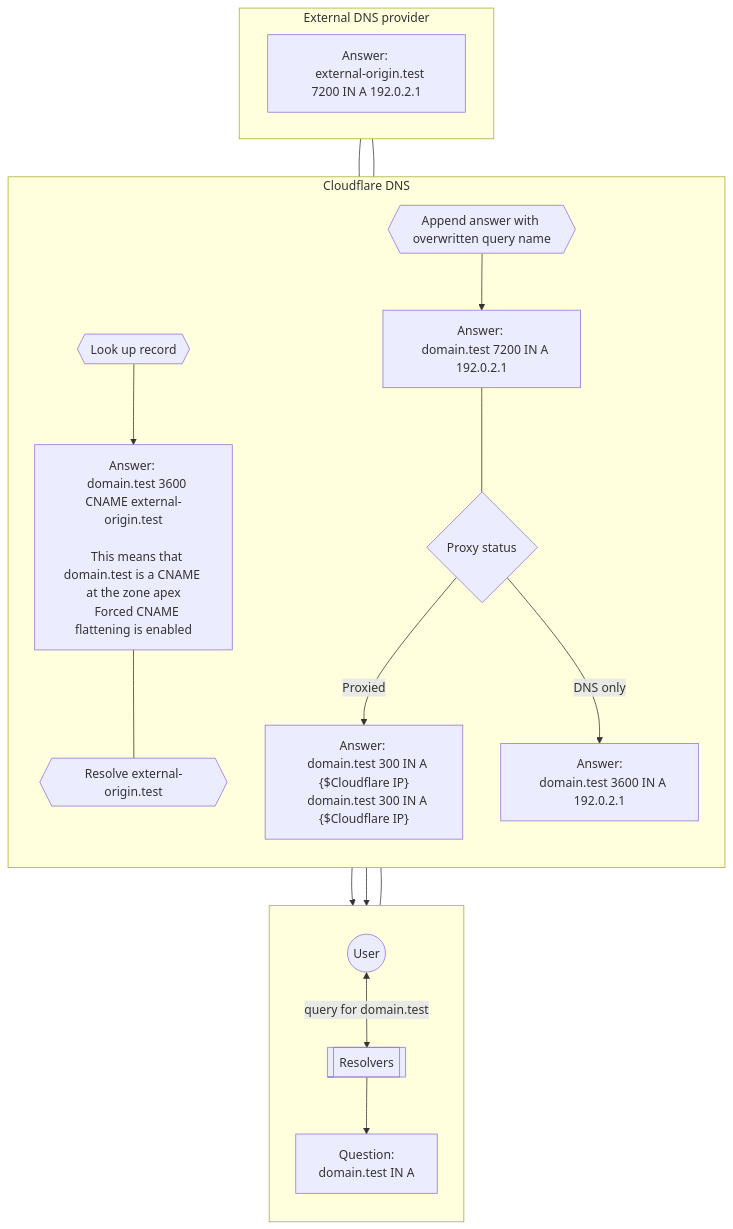
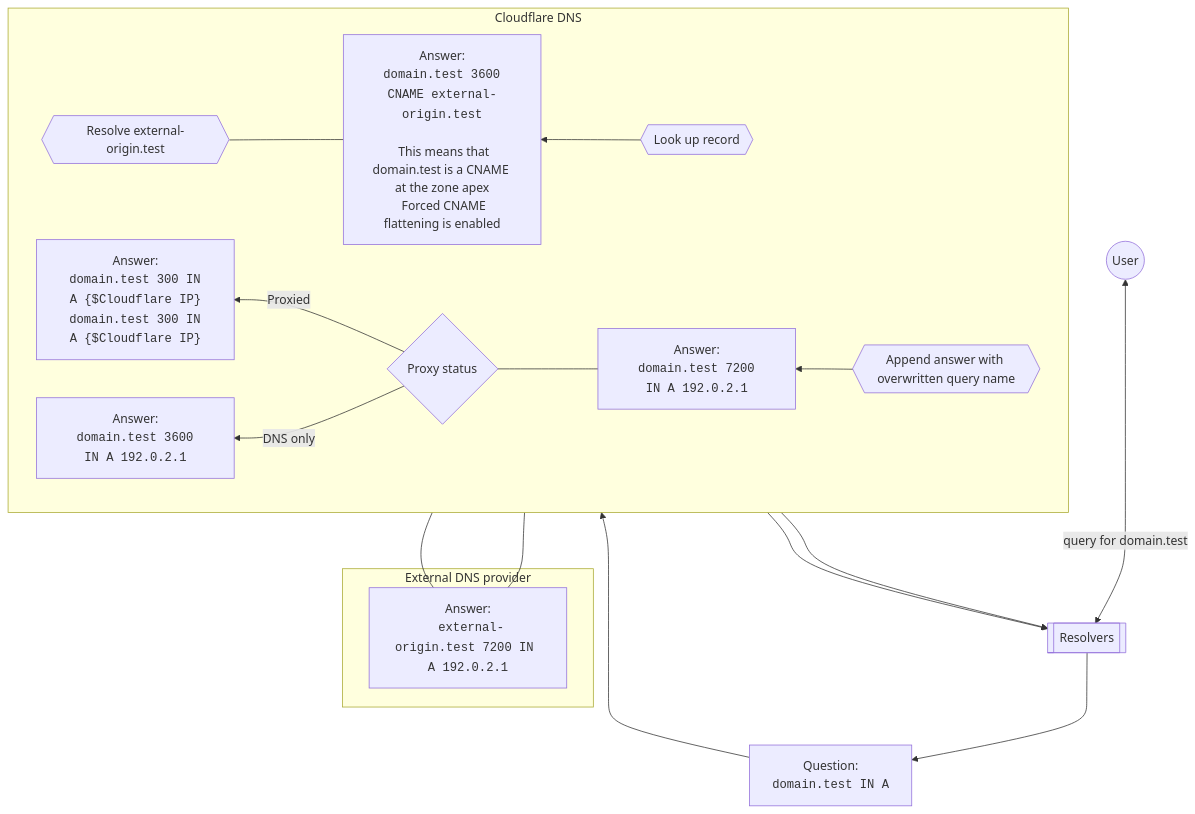
One commit to cloudflare/cloudflare-docs changed the diagram in content/dns/cname-flattening/cname-flattening-diagram.md. Above: the diagram before and after it, drawn with Mermaid.

Commit message:
reorganize and use monospace in  mermaid

````diff
--- a/content/dns/cname-flattening/cname-flattening-diagram.md
+++ b/content/dns/cname-flattening/cname-flattening-diagram.md
@@ -42,32 +42,34 @@
 ```mermaid
 flowchart TD
 accTitle: CNAME flattening diagram
-accDescr: Diagram of CNAME flattening process when there is a request for a domain in Cloudflare and the zone has a CNAME record at root that points to an external A record.
- subgraph X [" "]
-  direction TB
+accDescr: Diagram of CNAME flattening process when there is a request for a domain in Cloudflare and the zone has a CNAME record at apex that points to an external A record.
   A((User)) <--query for domain.test--> B[[Resolvers]] --> C
- end
+  C["Question: 
+  <code>domain.test IN A</code>"]
+ 
  subgraph Y[Cloudflare DNS]
-  direction TB
-   C["Question: 
-   domain.test IN A"] 
-   C --- E{{Look up record}} --> G["Answer: 
-   domain.test 3600 CNAME external-origin.test
+ direction RL
+  D{{Look up record}} --> G["Answer:
+  <code>domain.test 3600 CNAME external-origin.test</code>
 
-   This means that domain.test is a CNAME at the zone apex
-   Forced CNAME flattening is enabled"] --- H{{Resolve external-origin.test}}
-   K{{Append answer with overwritten query name}} --> L["Answer: 
-   domain.test 7200 IN A 192.0.2.1"] --- M{Proxy status}
-   M --Proxied--> O["Answer: 
-   domain.test 300 IN A {$Cloudflare IP}
-   domain.test 300 IN A {$Cloudflare IP}"] --> B
-   M --DNS only--> N["Answer:
-   domain.test 3600 IN A 192.0.2.1"] --> B
- end
- subgraph Z ["External DNS provider"]
-  direction RL
-    H --- J["Answer: 
-   external-origin.test 7200 IN A 192.0.2.1"] --- K
+  This means that domain.test is a CNAME at the zone apex
+  Forced CNAME flattening is enabled"] --- H{{Resolve external-origin.test}}
+  K{{Append answer with overwritten query name}} --> L["Answer:
+  <code>domain.test 7200 IN A 192.0.2.1</code>"] --- M{Proxy status}
+  M --Proxied--> O["Answer:
+  <code>domain.test 300 IN A {$Cloudflare IP}</code>
+  <code>domain.test 300 IN A {$Cloudflare IP}</code>"]
+  M --DNS only--> N["Answer:
+  <code>domain.test 3600 IN A 192.0.2.1</code>"]
  end
  
+ subgraph Z [External DNS provider]
+  J["Answer:
+  <code>external-origin.test 7200 IN A 192.0.2.1</code>"]
+ end
+ 
+ C --> D
+ H --- J --- K
+ O --> B
+ N --> B
 ```
````
